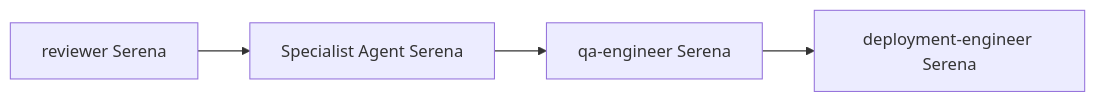
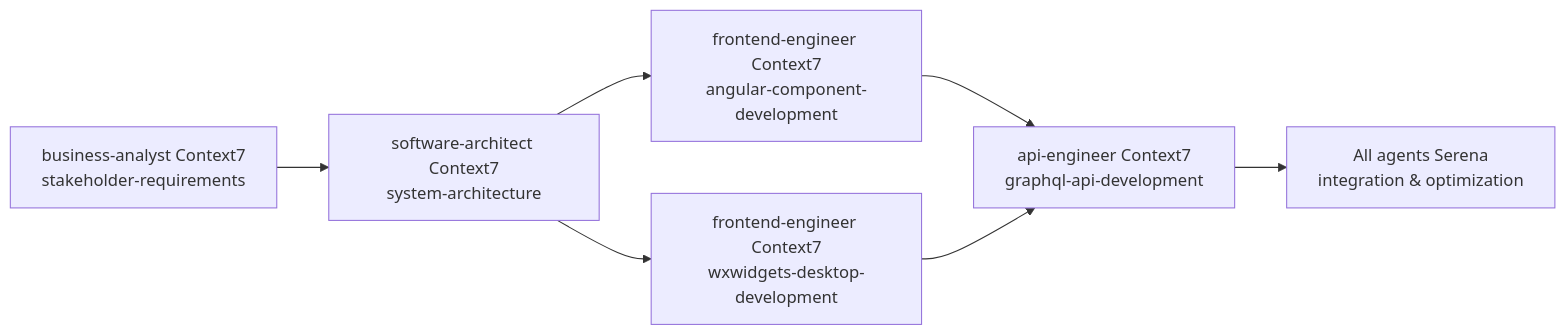
Before and after one commit to bartoszwarzocha/my_name_is_claude: the second of 3 diagrams in .claude/docs/ai-tools-usage-guide.md, drawn with Mermaid. The commit also changed other lines of this file and 26 other files, not shown here.

````diff
--- a/.claude/docs/ai-tools-usage-guide.md
+++ b/.claude/docs/ai-tools-usage-guide.md
@@ -128,6 +165,9 @@
 ```mermaid
 graph LR
-    A[reviewer Serena] --> B[Specialist Agent Serena]
-    B --> C[qa-engineer Serena]
-    C --> D[deployment-engineer Serena]
+    A[business-analyst Context7<br/>stakeholder-requirements] --> B[software-architect Context7<br/>system-architecture]
+    B --> C[frontend-engineer Context7<br/>angular-component-development]
+    B --> D[frontend-engineer Context7<br/>wxwidgets-desktop-development]
+    C --> E[api-engineer Context7<br/>graphql-api-development]
+    D --> E
+    E --> F[All agents Serena<br/>integration & optimization]
 ```
````
